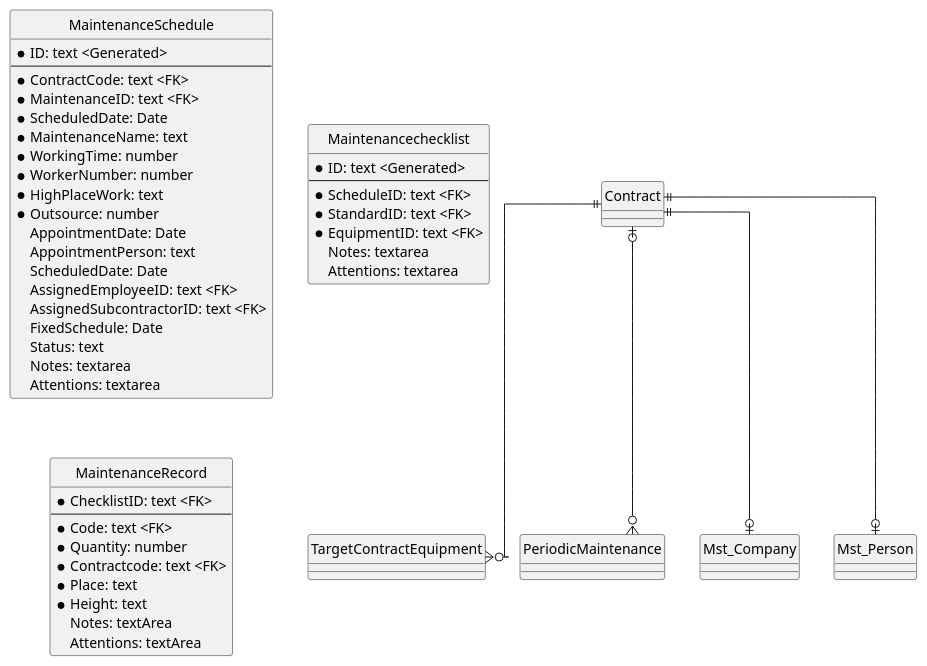
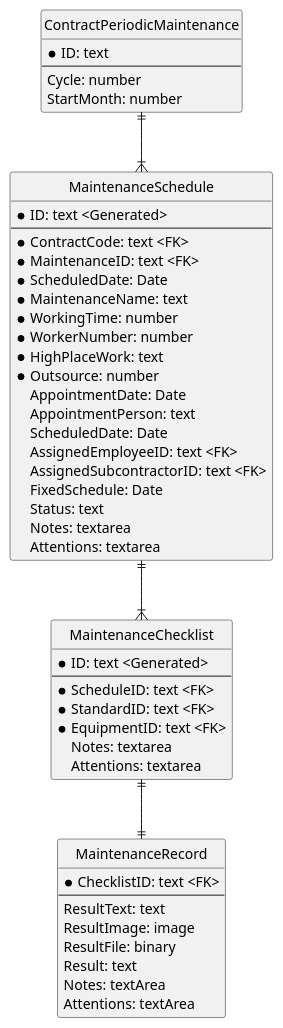
Before and after one commit to himiz6912/mms: the diagram in er_periodic_mainte.pu, drawn with PlantUML.

```diff
--- a/er_periodic_mainte.pu
+++ b/er_periodic_mainte.pu
@@ -1,53 +1,56 @@
 @startuml
 hide circle
 skinparam linetype ortho
 
+entity ContractPeriodicMaintenance {
+    * ID: text
+    --
+    Cycle: number
+    StartMonth: number
+}
 entity MaintenanceSchedule {
     * ID: text <Generated>
     --
     * ContractCode: text <FK>
     * MaintenanceID: text <FK>
     * ScheduledDate: Date
     * MaintenanceName: text
     * WorkingTime: number
     * WorkerNumber: number
     * HighPlaceWork: text
     * Outsource: number
     AppointmentDate: Date
     AppointmentPerson: text
     ScheduledDate: Date
     AssignedEmployeeID: text <FK>
     AssignedSubcontractorID: text <FK>
     FixedSchedule: Date
     Status: text
     Notes: textarea
     Attentions: textarea
 }
 ' Status: Appointment/ assignment/ ScheduleFixed/ Pending/ Complete/ RemainingWork
-entity Maintenancechecklist {
+entity MaintenanceChecklist {
     * ID: text <Generated>
     --
     * ScheduleID: text <FK> 
     * StandardID: text <FK>
     * EquipmentID: text <FK>
     Notes: textarea
     Attentions: textarea
 }
 entity MaintenanceRecord {
     * ChecklistID: text <FK>
     --
-    * Code: text <FK>
-    * Quantity: number
-    * Contractcode: text <FK>
-    * Place: text
-    * Height: text
+    ResultText: text
+    ResultImage: image
+    ResultFile: binary
+    Result: text
     Notes: textArea
     Attentions: textArea
 }
 
-
-Contract ||--o{ TargetContractEquipment
-Contract |o--o{ PeriodicMaintenance
-Contract ||--o| Mst_Company
-Contract ||--o| Mst_Person
+MaintenanceSchedule ||--|{ MaintenanceChecklist
+MaintenanceChecklist ||--|| MaintenanceRecord
+ContractPeriodicMaintenance ||--|{ MaintenanceSchedule
 @enduml
```
